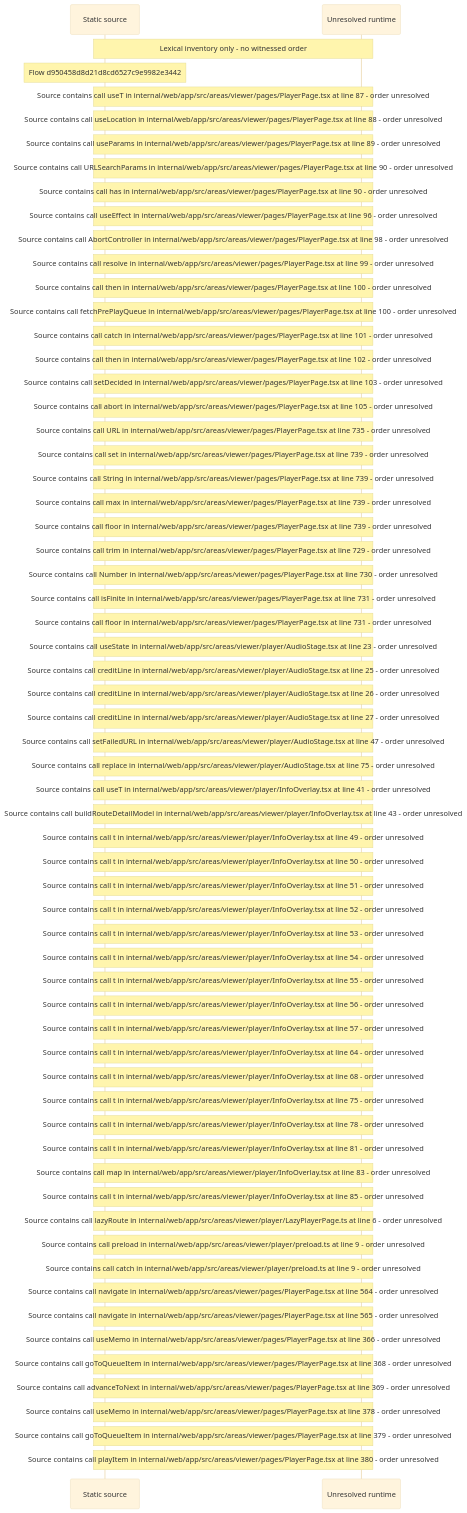
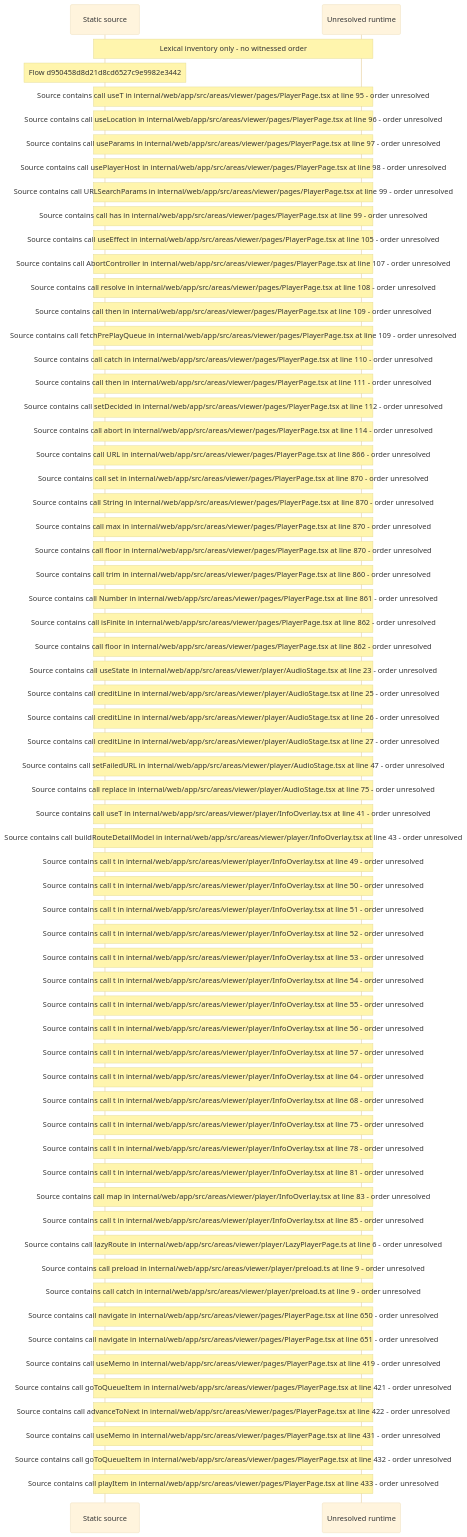
One commit to beamfall/core changed the diagram in docs/web/flows/generated/d950458d8d21d8cd6527c9e9982e3442/flow-diagram.md. Above: the diagram before and after it, drawn with Mermaid (base theme). The commit also changed other lines of this file and 714 other files, not shown here.

Commit message:
Regenerate the web flow record after the second main merge (CORE-1762)

````diff
--- a/docs/web/flows/generated/d950458d8d21d8cd6527c9e9982e3442/flow-diagram.md
+++ b/docs/web/flows/generated/d950458d8d21d8cd6527c9e9982e3442/flow-diagram.md
@@ -10,65 +10,66 @@
 ```mermaid
 sequenceDiagram
     participant S as Static source
     participant U as Unresolved runtime
     Note over S,U: Lexical inventory only - no witnessed order
     Note over S: Flow d950458d8d21d8cd6527c9e9982e3442
-    Note over S,U: Source contains call useT in internal/web/app/src/areas/viewer/pages/PlayerPage.tsx at line 87 - order unresolved
-    Note over S,U: Source contains call useLocation in internal/web/app/src/areas/viewer/pages/PlayerPage.tsx at line 88 - order unresolved
-    Note over S,U: Source contains call useParams in internal/web/app/src/areas/viewer/pages/PlayerPage.tsx at line 89 - order unresolved
-    Note over S,U: Source contains call URLSearchParams in internal/web/app/src/areas/viewer/pages/PlayerPage.tsx at line 90 - order unresolved
-    Note over S,U: Source contains call has in internal/web/app/src/areas/viewer/pages/PlayerPage.tsx at line 90 - order unresolved
-    Note over S,U: Source contains call useEffect in internal/web/app/src/areas/viewer/pages/PlayerPage.tsx at line 96 - order unresolved
-    Note over S,U: Source contains call AbortController in internal/web/app/src/areas/viewer/pages/PlayerPage.tsx at line 98 - order unresolved
-    Note over S,U: Source contains call resolve in internal/web/app/src/areas/viewer/pages/PlayerPage.tsx at line 99 - order unresolved
-    Note over S,U: Source contains call then in internal/web/app/src/areas/viewer/pages/PlayerPage.tsx at line 100 - order unresolved
-    Note over S,U: Source contains call fetchPrePlayQueue in internal/web/app/src/areas/viewer/pages/PlayerPage.tsx at line 100 - order unresolved
-    Note over S,U: Source contains call catch in internal/web/app/src/areas/viewer/pages/PlayerPage.tsx at line 101 - order unresolved
-    Note over S,U: Source contains call then in internal/web/app/src/areas/viewer/pages/PlayerPage.tsx at line 102 - order unresolved
-    Note over S,U: Source contains call setDecided in internal/web/app/src/areas/viewer/pages/PlayerPage.tsx at line 103 - order unresolved
-    Note over S,U: Source contains call abort in internal/web/app/src/areas/viewer/pages/PlayerPage.tsx at line 105 - order unresolved
-    Note over S,U: Source contains call URL in internal/web/app/src/areas/viewer/pages/PlayerPage.tsx at line 735 - order unresolved
-    Note over S,U: Source contains call set in internal/web/app/src/areas/viewer/pages/PlayerPage.tsx at line 739 - order unresolved
-    Note over S,U: Source contains call String in internal/web/app/src/areas/viewer/pages/PlayerPage.tsx at line 739 - order unresolved
-    Note over S,U: Source contains call max in internal/web/app/src/areas/viewer/pages/PlayerPage.tsx at line 739 - order unresolved
-    Note over S,U: Source contains call floor in internal/web/app/src/areas/viewer/pages/PlayerPage.tsx at line 739 - order unresolved
-    Note over S,U: Source contains call trim in internal/web/app/src/areas/viewer/pages/PlayerPage.tsx at line 729 - order unresolved
-    Note over S,U: Source contains call Number in internal/web/app/src/areas/viewer/pages/PlayerPage.tsx at line 730 - order unresolved
-    Note over S,U: Source contains call isFinite in internal/web/app/src/areas/viewer/pages/PlayerPage.tsx at line 731 - order unresolved
-    Note over S,U: Source contains call floor in internal/web/app/src/areas/viewer/pages/PlayerPage.tsx at line 731 - order unresolved
+    Note over S,U: Source contains call useT in internal/web/app/src/areas/viewer/pages/PlayerPage.tsx at line 95 - order unresolved
+    Note over S,U: Source contains call useLocation in internal/web/app/src/areas/viewer/pages/PlayerPage.tsx at line 96 - order unresolved
+    Note over S,U: Source contains call useParams in internal/web/app/src/areas/viewer/pages/PlayerPage.tsx at line 97 - order unresolved
+    Note over S,U: Source contains call usePlayerHost in internal/web/app/src/areas/viewer/pages/PlayerPage.tsx at line 98 - order unresolved
+    Note over S,U: Source contains call URLSearchParams in internal/web/app/src/areas/viewer/pages/PlayerPage.tsx at line 99 - order unresolved
+    Note over S,U: Source contains call has in internal/web/app/src/areas/viewer/pages/PlayerPage.tsx at line 99 - order unresolved
+    Note over S,U: Source contains call useEffect in internal/web/app/src/areas/viewer/pages/PlayerPage.tsx at line 105 - order unresolved
+    Note over S,U: Source contains call AbortController in internal/web/app/src/areas/viewer/pages/PlayerPage.tsx at line 107 - order unresolved
+    Note over S,U: Source contains call resolve in internal/web/app/src/areas/viewer/pages/PlayerPage.tsx at line 108 - order unresolved
+    Note over S,U: Source contains call then in internal/web/app/src/areas/viewer/pages/PlayerPage.tsx at line 109 - order unresolved
+    Note over S,U: Source contains call fetchPrePlayQueue in internal/web/app/src/areas/viewer/pages/PlayerPage.tsx at line 109 - order unresolved
+    Note over S,U: Source contains call catch in internal/web/app/src/areas/viewer/pages/PlayerPage.tsx at line 110 - order unresolved
+    Note over S,U: Source contains call then in internal/web/app/src/areas/viewer/pages/PlayerPage.tsx at line 111 - order unresolved
+    Note over S,U: Source contains call setDecided in internal/web/app/src/areas/viewer/pages/PlayerPage.tsx at line 112 - order unresolved
+    Note over S,U: Source contains call abort in internal/web/app/src/areas/viewer/pages/PlayerPage.tsx at line 114 - order unresolved
+    Note over S,U: Source contains call URL in internal/web/app/src/areas/viewer/pages/PlayerPage.tsx at line 866 - order unresolved
+    Note over S,U: Source contains call set in internal/web/app/src/areas/viewer/pages/PlayerPage.tsx at line 870 - order unresolved
+    Note over S,U: Source contains call String in internal/web/app/src/areas/viewer/pages/PlayerPage.tsx at line 870 - order unresolved
+    Note over S,U: Source contains call max in internal/web/app/src/areas/viewer/pages/PlayerPage.tsx at line 870 - order unresolved
+    Note over S,U: Source contains call floor in internal/web/app/src/areas/viewer/pages/PlayerPage.tsx at line 870 - order unresolved
+    Note over S,U: Source contains call trim in internal/web/app/src/areas/viewer/pages/PlayerPage.tsx at line 860 - order unresolved
+    Note over S,U: Source contains call Number in internal/web/app/src/areas/viewer/pages/PlayerPage.tsx at line 861 - order unresolved
+    Note over S,U: Source contains call isFinite in internal/web/app/src/areas/viewer/pages/PlayerPage.tsx at line 862 - order unresolved
+    Note over S,U: Source contains call floor in internal/web/app/src/areas/viewer/pages/PlayerPage.tsx at line 862 - order unresolved
     Note over S,U: Source contains call useState in internal/web/app/src/areas/viewer/player/AudioStage.tsx at line 23 - order unresolved
     Note over S,U: Source contains call creditLine in internal/web/app/src/areas/viewer/player/AudioStage.tsx at line 25 - order unresolved
     Note over S,U: Source contains call creditLine in internal/web/app/src/areas/viewer/player/AudioStage.tsx at line 26 - order unresolved
     Note over S,U: Source contains call creditLine in internal/web/app/src/areas/viewer/player/AudioStage.tsx at line 27 - order unresolved
     Note over S,U: Source contains call setFailedURL in internal/web/app/src/areas/viewer/player/AudioStage.tsx at line 47 - order unresolved
     Note over S,U: Source contains call replace in internal/web/app/src/areas/viewer/player/AudioStage.tsx at line 75 - order unresolved
     Note over S,U: Source contains call useT in internal/web/app/src/areas/viewer/player/InfoOverlay.tsx at line 41 - order unresolved
     Note over S,U: Source contains call buildRouteDetailModel in internal/web/app/src/areas/viewer/player/InfoOverlay.tsx at line 43 - order unresolved
     Note over S,U: Source contains call t in internal/web/app/src/areas/viewer/player/InfoOverlay.tsx at line 49 - order unresolved
     Note over S,U: Source contains call t in internal/web/app/src/areas/viewer/player/InfoOverlay.tsx at line 50 - order unresolved
     Note over S,U: Source contains call t in internal/web/app/src/areas/viewer/player/InfoOverlay.tsx at line 51 - order unresolved
     Note over S,U: Source contains call t in internal/web/app/src/areas/viewer/player/InfoOverlay.tsx at line 52 - order unresolved
     Note over S,U: Source contains call t in internal/web/app/src/areas/viewer/player/InfoOverlay.tsx at line 53 - order unresolved
     Note over S,U: Source contains call t in internal/web/app/src/areas/viewer/player/InfoOverlay.tsx at line 54 - order unresolved
     Note over S,U: Source contains call t in internal/web/app/src/areas/viewer/player/InfoOverlay.tsx at line 55 - order unresolved
     Note over S,U: Source contains call t in internal/web/app/src/areas/viewer/player/InfoOverlay.tsx at line 56 - order unresolved
     Note over S,U: Source contains call t in internal/web/app/src/areas/viewer/player/InfoOverlay.tsx at line 57 - order unresolved
     Note over S,U: Source contains call t in internal/web/app/src/areas/viewer/player/InfoOverlay.tsx at line 64 - order unresolved
     Note over S,U: Source contains call t in internal/web/app/src/areas/viewer/player/InfoOverlay.tsx at line 68 - order unresolved
     Note over S,U: Source contains call t in internal/web/app/src/areas/viewer/player/InfoOverlay.tsx at line 75 - order unresolved
     Note over S,U: Source contains call t in internal/web/app/src/areas/viewer/player/InfoOverlay.tsx at line 78 - order unresolved
     Note over S,U: Source contains call t in internal/web/app/src/areas/viewer/player/InfoOverlay.tsx at line 81 - order unresolved
     Note over S,U: Source contains call map in internal/web/app/src/areas/viewer/player/InfoOverlay.tsx at line 83 - order unresolved
     Note over S,U: Source contains call t in internal/web/app/src/areas/viewer/player/InfoOverlay.tsx at line 85 - order unresolved
     Note over S,U: Source contains call lazyRoute in internal/web/app/src/areas/viewer/player/LazyPlayerPage.ts at line 6 - order unresolved
     Note over S,U: Source contains call preload in internal/web/app/src/areas/viewer/player/preload.ts at line 9 - order unresolved
     Note over S,U: Source contains call catch in internal/web/app/src/areas/viewer/player/preload.ts at line 9 - order unresolved
-    Note over S,U: Source contains call navigate in internal/web/app/src/areas/viewer/pages/PlayerPage.tsx at line 564 - order unresolved
-    Note over S,U: Source contains call navigate in internal/web/app/src/areas/viewer/pages/PlayerPage.tsx at line 565 - order unresolved
-    Note over S,U: Source contains call useMemo in internal/web/app/src/areas/viewer/pages/PlayerPage.tsx at line 366 - order unresolved
-    Note over S,U: Source contains call goToQueueItem in internal/web/app/src/areas/viewer/pages/PlayerPage.tsx at line 368 - order unresolved
-    Note over S,U: Source contains call advanceToNext in internal/web/app/src/areas/viewer/pages/PlayerPage.tsx at line 369 - order unresolved
-    Note over S,U: Source contains call useMemo in internal/web/app/src/areas/viewer/pages/PlayerPage.tsx at line 378 - order unresolved
-    Note over S,U: Source contains call goToQueueItem in internal/web/app/src/areas/viewer/pages/PlayerPage.tsx at line 379 - order unresolved
-    Note over S,U: Source contains call playItem in internal/web/app/src/areas/viewer/pages/PlayerPage.tsx at line 380 - order unresolved
+    Note over S,U: Source contains call navigate in internal/web/app/src/areas/viewer/pages/PlayerPage.tsx at line 650 - order unresolved
+    Note over S,U: Source contains call navigate in internal/web/app/src/areas/viewer/pages/PlayerPage.tsx at line 651 - order unresolved
+    Note over S,U: Source contains call useMemo in internal/web/app/src/areas/viewer/pages/PlayerPage.tsx at line 419 - order unresolved
+    Note over S,U: Source contains call goToQueueItem in internal/web/app/src/areas/viewer/pages/PlayerPage.tsx at line 421 - order unresolved
+    Note over S,U: Source contains call advanceToNext in internal/web/app/src/areas/viewer/pages/PlayerPage.tsx at line 422 - order unresolved
+    Note over S,U: Source contains call useMemo in internal/web/app/src/areas/viewer/pages/PlayerPage.tsx at line 431 - order unresolved
+    Note over S,U: Source contains call goToQueueItem in internal/web/app/src/areas/viewer/pages/PlayerPage.tsx at line 432 - order unresolved
+    Note over S,U: Source contains call playItem in internal/web/app/src/areas/viewer/pages/PlayerPage.tsx at line 433 - order unresolved
 ```
````
